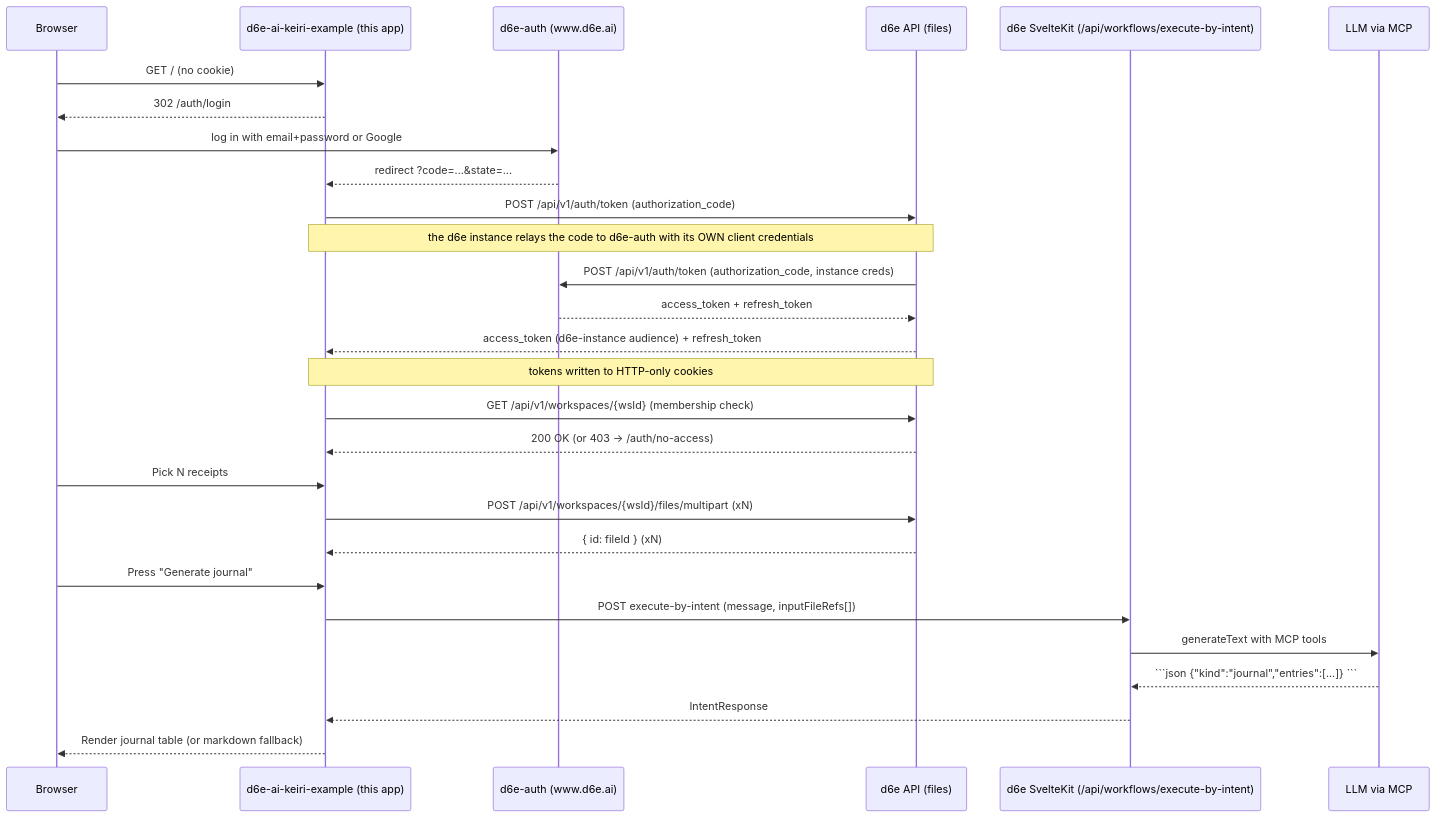
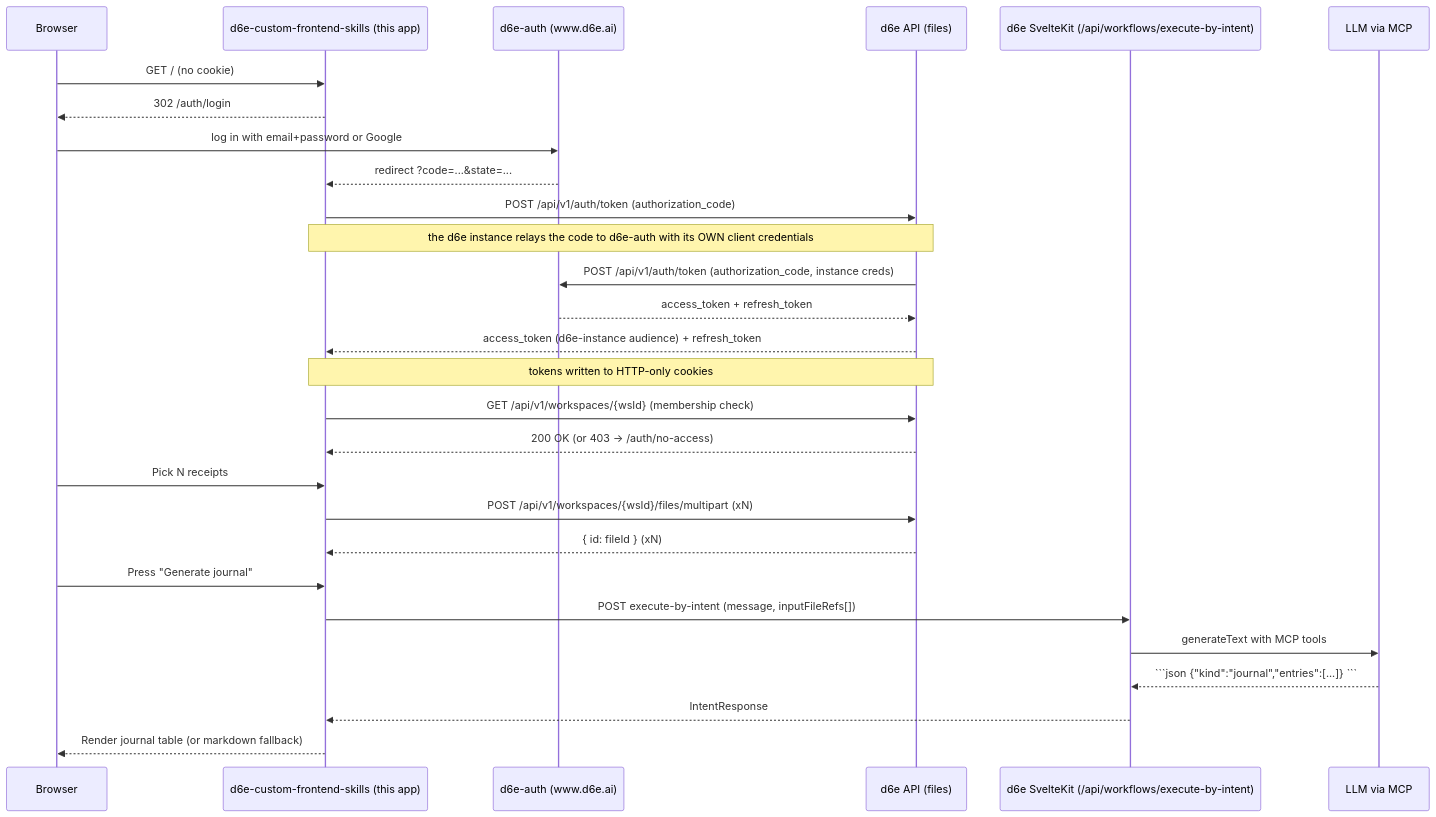
Before and after one commit to d6e-ai/d6e-ai-keiri-example: the diagram in README.md, drawn with Mermaid. The commit also changed other lines of this file and 9 other files, not shown here.

First line of the commit message:
chore: rename repository to d6e-custom-frontend-skills

`````diff
--- a/README.md
+++ b/README.md
@@ -16,32 +28,32 @@
 ````mermaid
 sequenceDiagram
     participant User as Browser
-    participant App as d6e-ai-keiri-example (this app)
+    participant App as d6e-custom-frontend-skills (this app)
     participant Auth as d6e-auth (www.d6e.ai)
     participant Files as d6e API (files)
     participant Intent as d6e SvelteKit (/api/workflows/execute-by-intent)
     participant LLM as LLM via MCP
 
     User->>App: GET / (no cookie)
     App-->>User: 302 /auth/login
     User->>Auth: log in with email+password or Google
     Auth-->>App: redirect ?code=...&state=...
     App->>Files: POST /api/v1/auth/token (authorization_code)
     Note over App,Files: the d6e instance relays the code to d6e-auth with its OWN client credentials
     Files->>Auth: POST /api/v1/auth/token (authorization_code, instance creds)
     Auth-->>Files: access_token + refresh_token
     Files-->>App: access_token (d6e-instance audience) + refresh_token
     Note over App,Files: tokens written to HTTP-only cookies
     App->>Files: GET /api/v1/workspaces/{wsId} (membership check)
     Files-->>App: 200 OK (or 403 -> /auth/no-access)
 
     User->>App: Pick N receipts
     App->>Files: POST /api/v1/workspaces/{wsId}/files/multipart (xN)
     Files-->>App: { id: fileId } (xN)
     User->>App: Press "Generate journal"
     App->>Intent: POST execute-by-intent (message, inputFileRefs[])
     Intent->>LLM: generateText with MCP tools
     LLM-->>Intent: ```json {"kind":"journal","entries":[...]} ```
     Intent-->>App: IntentResponse
     App-->>User: Render journal table (or markdown fallback)
 ````
`````
